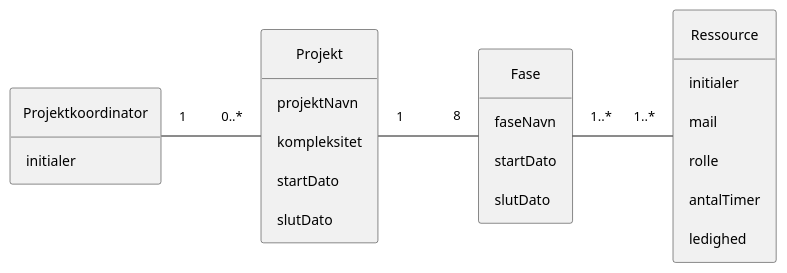
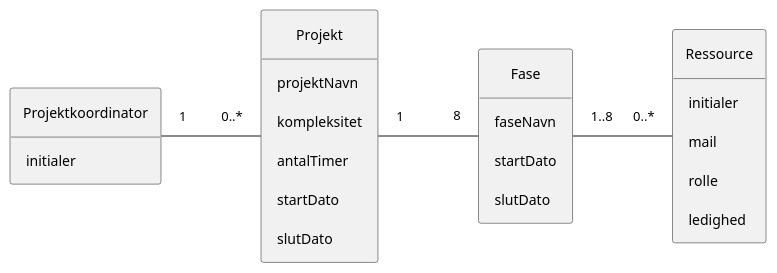
The diagram in Models/Novo-DomainModel.plantuml (Rasmuus15/Eksamensprojekt-Novo), drawn with PlantUML before and after one commit. The commit also changed 4 other files, not shown here.

```diff
--- a/Models/Novo-DomainModel.plantuml
+++ b/Models/Novo-DomainModel.plantuml
@@ -1,46 +1,46 @@
 @startuml
 hide circle
 hide empty members
 
 skinparam padding 10
 skinparam nodesep 100
 skinparam ranksep 100
 
 Projektkoordinator "1" ---right--- "0..*" Projekt
 Fase "8" ---left--- "1" Projekt
-Fase "1..*" ---right--- "1..*" Ressource
+Fase "1..8" ---right--- "0..*" Ressource
 
 'Konceptuelle klasser
 Class Projektkoordinator
 {
     initialer
 }
 
 Class Ressource
 {
     initialer
     mail
     rolle
-    antalTimer
     ledighed
 }
 
 Class Fase
 {
     faseNavn
     startDato
     slutDato
 }
 
 Class Projekt
 {
     projektNavn
     kompleksitet
+    antalTimer
     startDato
     slutDato
 }
 
 
 
 
 @enduml
```
